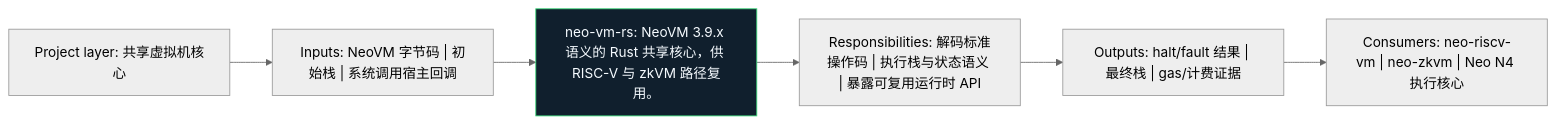
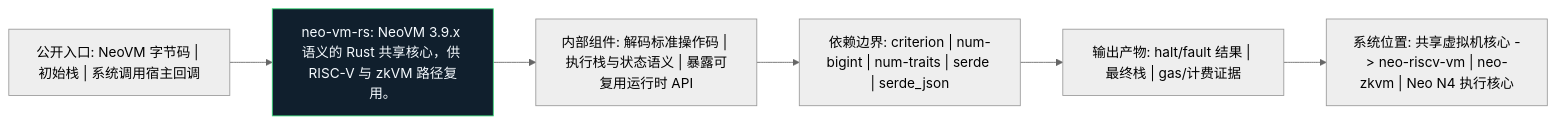
Before and after one commit to r3e-network/neo-vm-rs: the diagram in docs/figures/architecture.zh.mmd, drawn with Mermaid (neutral theme). The commit also changed 15 other files, not shown here.

```diff
--- a/docs/figures/architecture.zh.mmd
+++ b/docs/figures/architecture.zh.mmd
@@ -1,14 +1,14 @@
 flowchart LR
-    N1["Project layer: 共享虚拟机核心"]
-    N2["Inputs: NeoVM 字节码 | 初始栈 | 系统调用宿主回调"]
-    N3["neo-vm-rs: NeoVM 3.9.x 语义的 Rust 共享核心，供 RISC-V 与 zkVM 路径复用。"]
-    N4["Responsibilities: 解码标准操作码 | 执行栈与状态语义 | 暴露可复用运行时 API"]
-    N5["Outputs: halt/fault 结果 | 最终栈 | gas/计费证据"]
-    N6["Consumers: neo-riscv-vm | neo-zkvm | Neo N4 执行核心"]
+    N1["公开入口: NeoVM 字节码 | 初始栈 | 系统调用宿主回调"]
+    N2["neo-vm-rs: NeoVM 3.9.x 语义的 Rust 共享核心，供 RISC-V 与 zkVM 路径复用。"]
+    N3["内部组件: 解码标准操作码 | 执行栈与状态语义 | 暴露可复用运行时 API"]
+    N4["依赖边界: criterion | num-bigint | num-traits | serde | serde_json"]
+    N5["输出产物: halt/fault 结果 | 最终栈 | gas/计费证据"]
+    N6["系统位置: 共享虚拟机核心 -> neo-riscv-vm | neo-zkvm | Neo N4 执行核心"]
     N1 --> N2
     N2 --> N3
     N3 --> N4
     N4 --> N5
     N5 --> N6
     classDef crate fill:#101f2d,stroke:#38d978,color:#f6fbff
-    class N3 crate
+    class N2 crate
```
